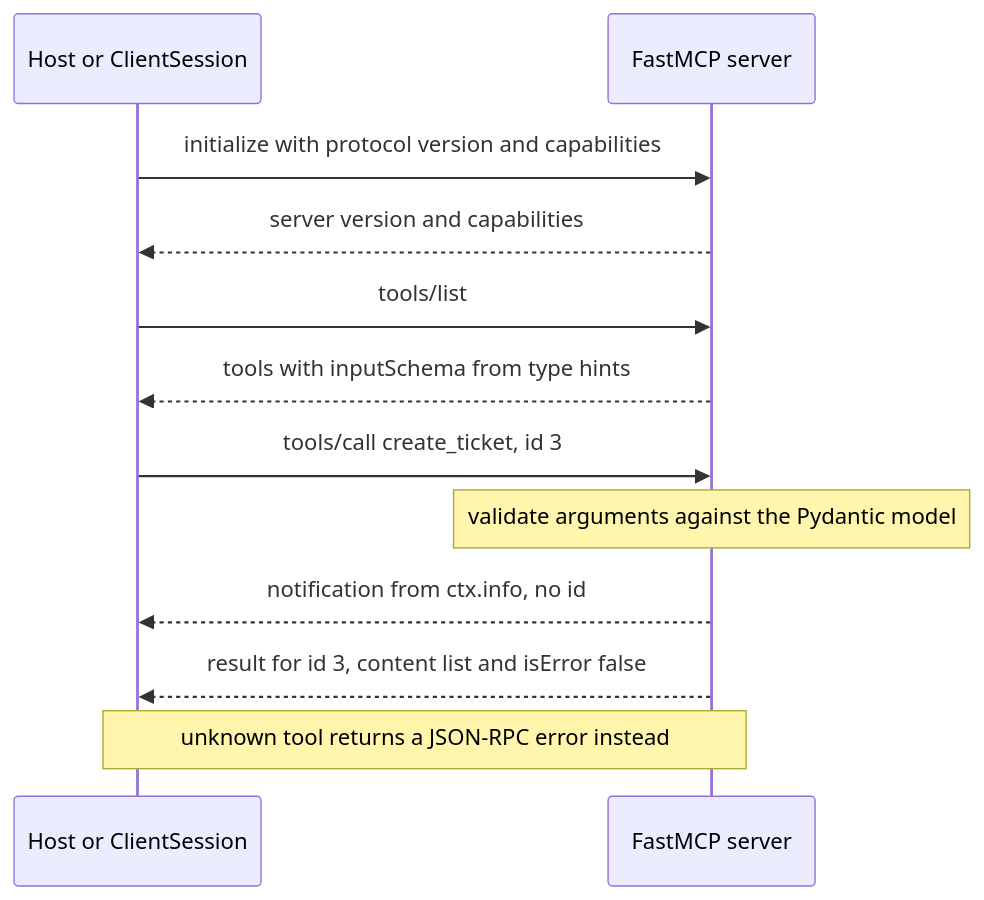
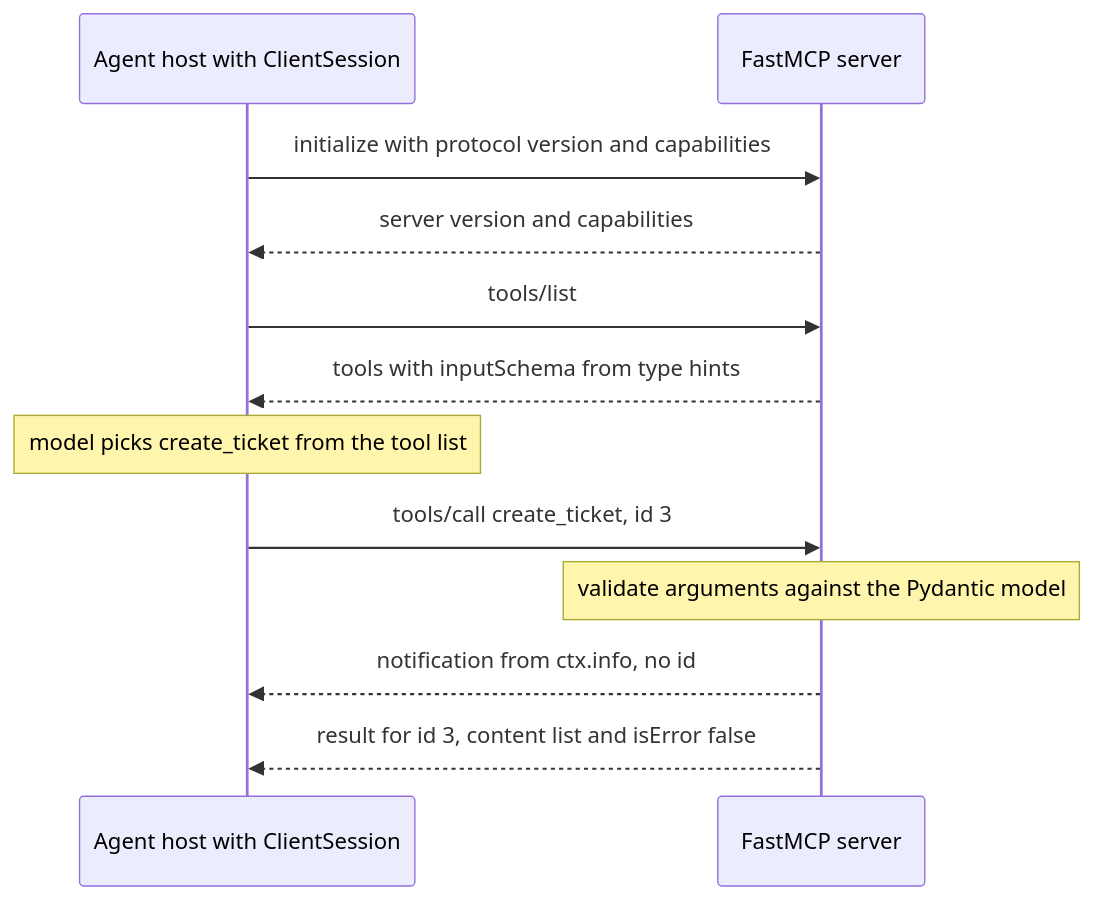
One commit to lovishmahajan97/agentic-learning changed the diagram in content/python-for-ai/mcp-python-sdk.md. Above: the diagram before and after it, drawn with Mermaid. The commit also changed other lines of this file and 266 other files, not shown here.

````diff
--- a/content/python-for-ai/mcp-python-sdk.md
+++ b/content/python-for-ai/mcp-python-sdk.md
@@ -123,14 +141,14 @@
 ```mermaid
 sequenceDiagram
-    participant H as Host or ClientSession
+    participant H as Agent host with ClientSession
     participant S as FastMCP server
     H->>S: initialize with protocol version and capabilities
     S-->>H: server version and capabilities
     H->>S: tools/list
     S-->>H: tools with inputSchema from type hints
+    Note over H: model picks create_ticket from the tool list
     H->>S: tools/call create_ticket, id 3
     Note over S: validate arguments against the Pydantic model
     S-->>H: notification from ctx.info, no id
     S-->>H: result for id 3, content list and isError false
-    Note over H,S: unknown tool returns a JSON-RPC error instead
 ```
````
